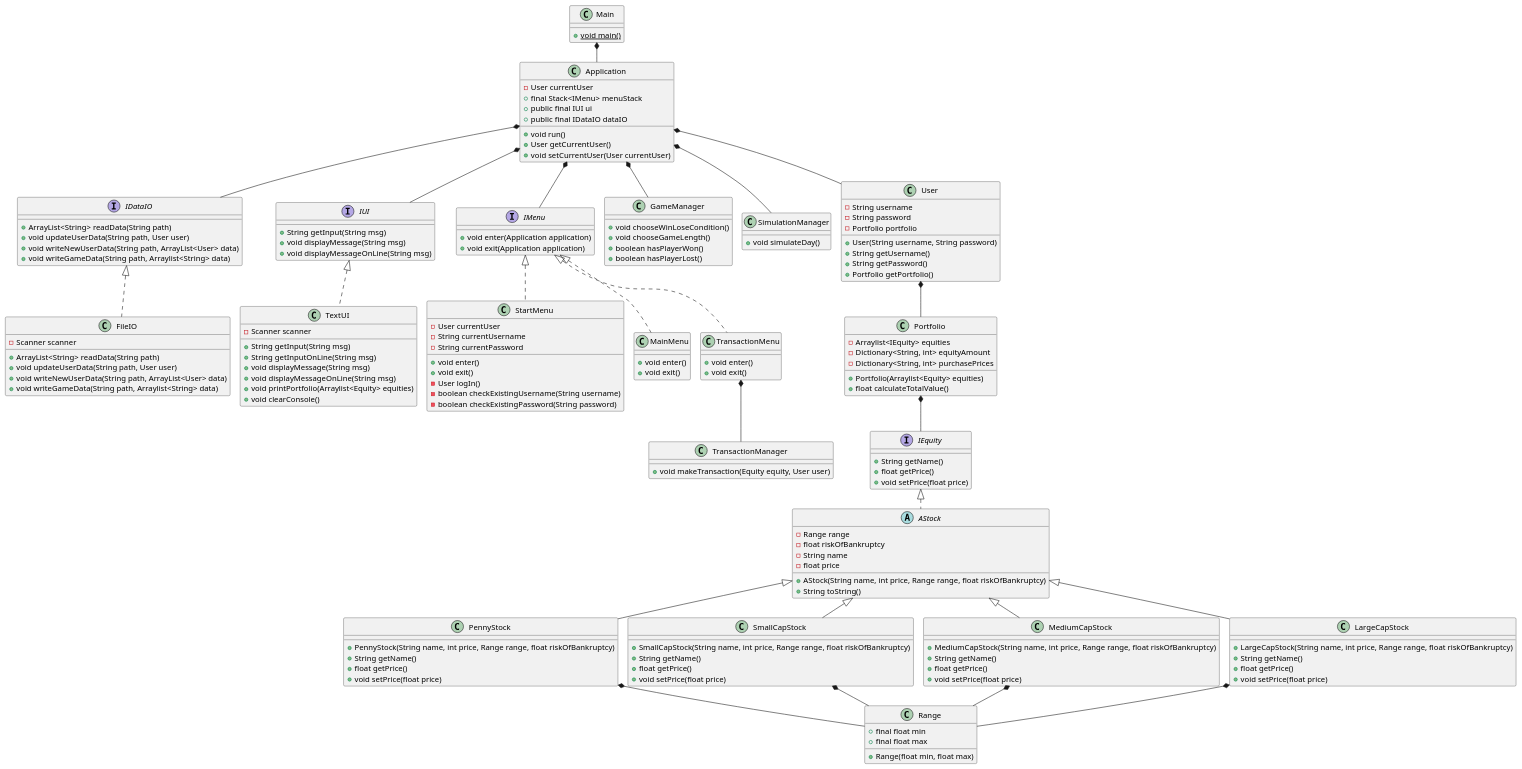
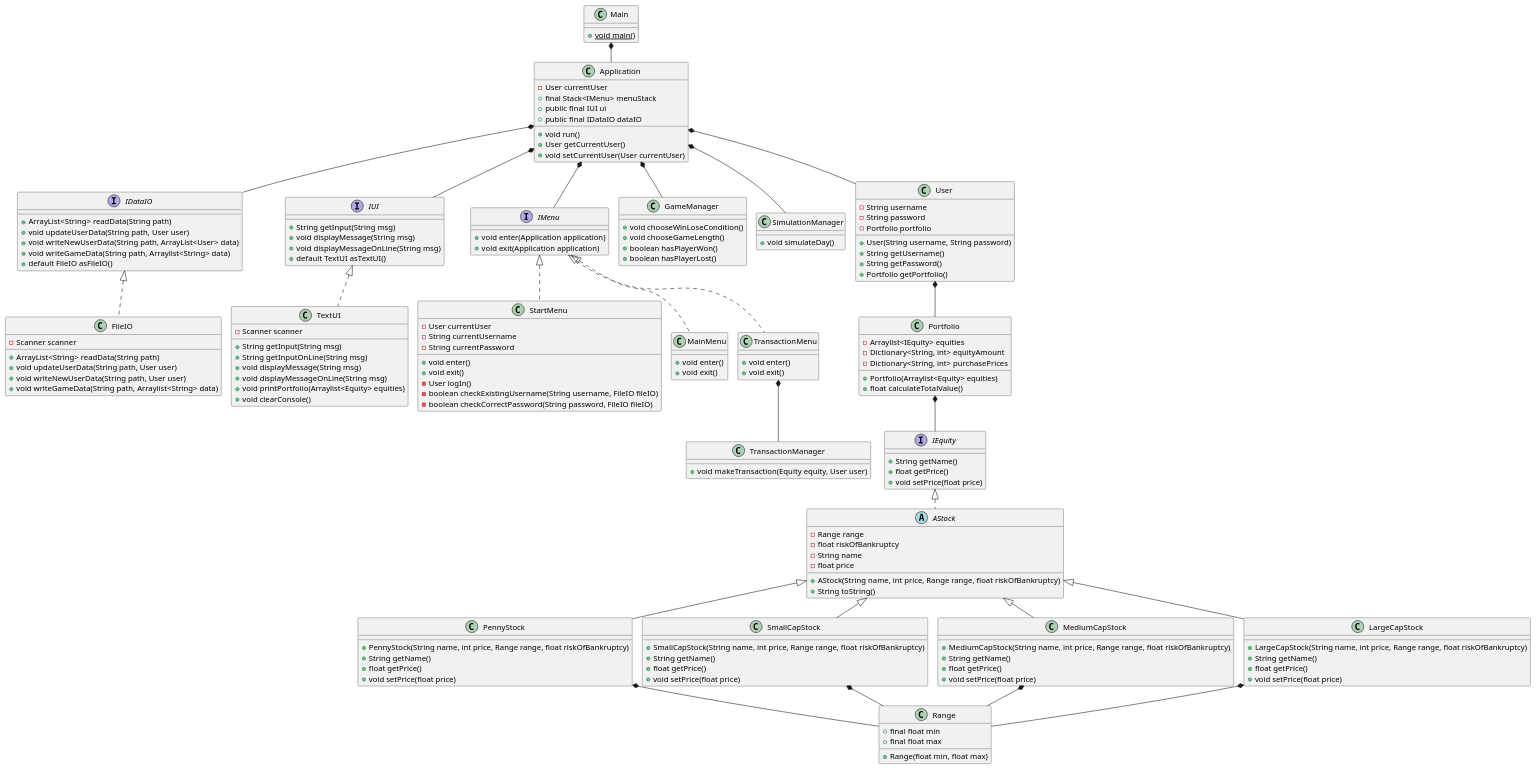
The diagram in Documentation/KlasseDiagram.puml (TobiasTheDanish/AktieSpil), drawn with PlantUML before and after one commit. The commit also changed 7 other files, not shown here.

```diff
--- a/Documentation/KlasseDiagram.puml
+++ b/Documentation/KlasseDiagram.puml
@@ -1,171 +1,173 @@
 @startuml
 !pragma layout smetana
 'https://plantuml.com/class-diagram
 class Main {
     + {static} void main()
 }
 
 class Application {
     - User currentUser
     + final Stack<IMenu> menuStack
     + public final IUI ui
     + public final IDataIO dataIO
     + void run()
     + User getCurrentUser()
     + void setCurrentUser(User currentUser)
 }
 
 interface IDataIO {
     + ArrayList<String> readData(String path)
     + void updateUserData(String path, User user)
     + void writeNewUserData(String path, ArrayList<User> data)
     + void writeGameData(String path, Arraylist<String> data)
+    + default FileIO asFileIO()
 }
 
 class FileIO implements IDataIO {
     - Scanner scanner
     + ArrayList<String> readData(String path)
     + void updateUserData(String path, User user)
-    + void writeNewUserData(String path, ArrayList<User> data)
+    + void writeNewUserData(String path, User user)
     + void writeGameData(String path, Arraylist<String> data)
 
 }
 
 interface IUI {
     + String getInput(String msg)
     + void displayMessage(String msg)
     + void displayMessageOnLine(String msg)
+    + default TextUI asTextUI()
 }
 
 class TextUI implements IUI {
     - Scanner scanner
     + String getInput(String msg)
     + String getInputOnLine(String msg)
     + void displayMessage(String msg)
     + void displayMessageOnLine(String msg)
     + void printPortfolio(Arraylist<Equity> equities)
     + void clearConsole()
 }
 
 interface IMenu {
     + void enter(Application application)
     + void exit(Application application)
 }
 
 class StartMenu implements IMenu {
     - User currentUser
     - String currentUsername
     - String currentPassword
     + void enter()
     + void exit()
     - User logIn()
-    - boolean checkExistingUsername(String username)
-    - boolean checkExistingPassword(String password)
+    - boolean checkExistingUsername(String username, FileIO fileIO)
+    - boolean checkCorrectPassword(String password, FileIO fileIO)
 }
 
 class MainMenu implements IMenu {
     + void enter()
     + void exit()
 }
 
 class TransactionMenu implements IMenu {
     + void enter()
     + void exit()
 }
 
 class TransactionManager {
     + void makeTransaction(Equity equity, User user)
 }
 
 class GameManager {
     + void chooseWinLoseCondition()
     + void chooseGameLength()
     + boolean hasPlayerWon()
     + boolean hasPlayerLost()
 }
 
 class SimulationManager {
     + void simulateDay()
 }
 
 class User {
     - String username
     - String password
     - Portfolio portfolio
     + User(String username, String password)
     + String getUsername()
     + String getPassword()
     + Portfolio getPortfolio()
 }
 
 class Portfolio {
     - Arraylist<IEquity> equities
     - Dictionary<String, int> equityAmount
     - Dictionary<String, int> purchasePrices
     + Portfolio(Arraylist<Equity> equities)
     + float calculateTotalValue()
 }
 
 interface IEquity {
     + String getName()
     + float getPrice()
     + void setPrice(float price)
 }
 
 abstract class AStock implements IEquity {
     - Range range
     - float riskOfBankruptcy
     - String name
     - float price
     + AStock(String name, int price, Range range, float riskOfBankruptcy)
     + String toString()
 }
 
 class PennyStock extends AStock {
     + PennyStock(String name, int price, Range range, float riskOfBankruptcy)
     + String getName()
     + float getPrice()
     + void setPrice(float price)
 }
 class SmallCapStock extends AStock {
     + SmallCapStock(String name, int price, Range range, float riskOfBankruptcy)
     + String getName()
     + float getPrice()
     + void setPrice(float price)
 }
 class MediumCapStock extends AStock {
     + MediumCapStock(String name, int price, Range range, float riskOfBankruptcy)
     + String getName()
     + float getPrice()
     + void setPrice(float price)
 }
 class LargeCapStock extends AStock {
     + LargeCapStock(String name, int price, Range range, float riskOfBankruptcy)
     + String getName()
     + float getPrice()
     + void setPrice(float price)
 }
 
 class Range {
     + final float min
     + final float max
     + Range(float min, float max)
 }
 
 Main *-- Application
 Application *-- IMenu
 Application *-- User
 Application *-- SimulationManager
 Application *-- GameManager
 Application *-- IUI
 Application *-- IDataIO
 
 TransactionMenu *-- TransactionManager
 
 User *-- Portfolio
 Portfolio *-- IEquity
 PennyStock *-- Range
 SmallCapStock *-- Range
 MediumCapStock *-- Range
 LargeCapStock *-- Range
 @enduml
```
